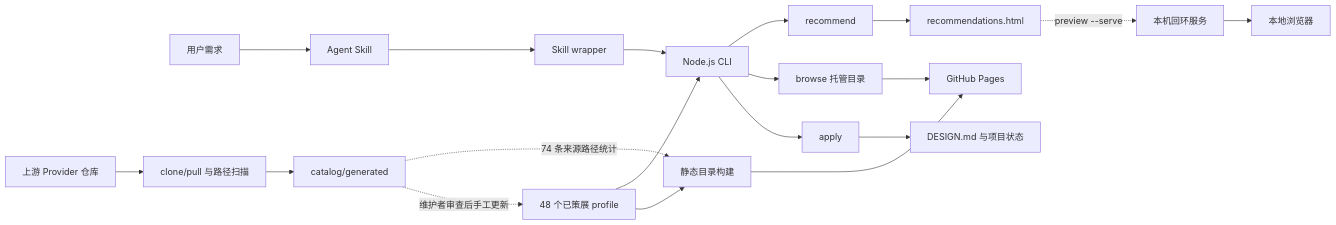
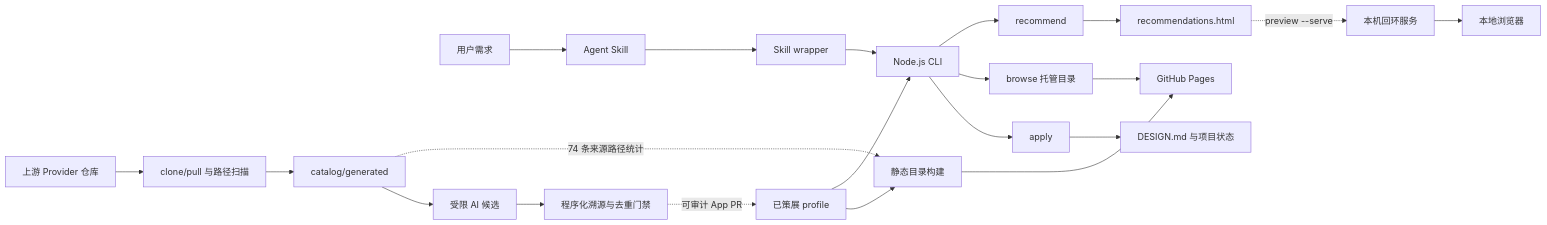
The diagram in docs/IMPLEMENTATION.zh-CN.md (coconilu/ai-ui-style-director), drawn with Mermaid before and after one commit. The commit also changed other lines of this file and 38 other files, not shown here.

````diff
--- a/docs/IMPLEMENTATION.zh-CN.md
+++ b/docs/IMPLEMENTATION.zh-CN.md
@@ -13,21 +13,23 @@
 ```mermaid
 flowchart LR
   U[用户需求] --> S[Agent Skill]
   S --> W[Skill wrapper]
   W --> C[Node.js CLI]
-  K[48 个已策展 profile] --> C
+  K[已策展 profile] --> C
   C --> R[recommend]
   C --> B[browse 托管目录]
   C --> A[apply]
   R --> H[recommendations.html]
   H -. preview --serve .-> L[本机回环服务]
   L --> V[本地浏览器]
   K --> X[静态目录构建]
   X --> GP[GitHub Pages]
   B --> GP
   A --> D[DESIGN.md 与项目状态]
   P[上游 Provider 仓库] --> G[clone/pull 与路径扫描]
   G --> I[catalog/generated]
   I -. 74 条来源路径统计 .-> X
-  I -. 维护者审查后手工更新 .-> K
+  I --> Q[受限 AI 候选]
+  Q --> T[程序化溯源与去重门禁]
+  T -. 可审计 App PR .-> K
 ```
````
